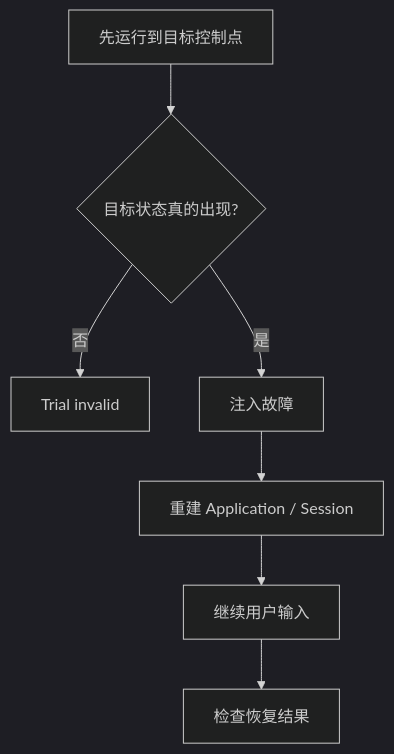
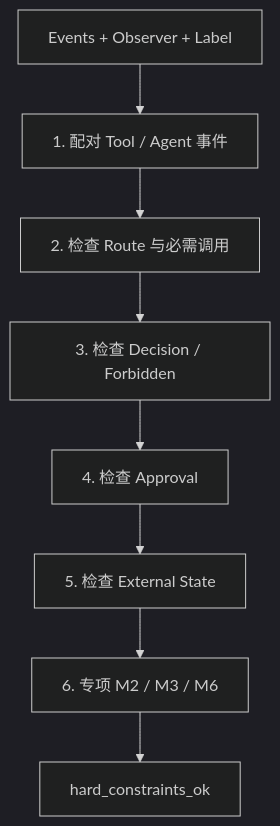
One commit to Arthur999459up/GitAgent changed the eighth of 14 diagrams in docs/14-evaluation-design.md. Above: the diagram before and after it, drawn with Mermaid (dark theme). The commit also changed other lines of this file and 16 other files, not shown here.

````diff
--- a/docs/14-evaluation-design.md
+++ b/docs/14-evaluation-design.md
@@ -332,9 +505,10 @@
 ```mermaid
 flowchart TD
-    A[先运行到目标控制点] --> T{目标状态真的出现?}
-    T -->|否| I[Trial invalid]
-    T -->|是| F[注入故障]
-    F --> R[重建 Application / Session]
-    R --> U[继续用户输入]
-    U --> V[检查恢复结果]
+    E[Events + Observer + Label] --> P[1. 配对 Tool / Agent 事件]
+    P --> R[2. 检查 Route 与必需调用]
+    R --> C[3. 检查 Decision / Forbidden]
+    C --> A[4. 检查 Approval]
+    A --> O[5. 检查 External State]
+    O --> S[6. 专项 M2 / M3 / M6]
+    S --> H[hard_constraints_ok]
 ```
````
